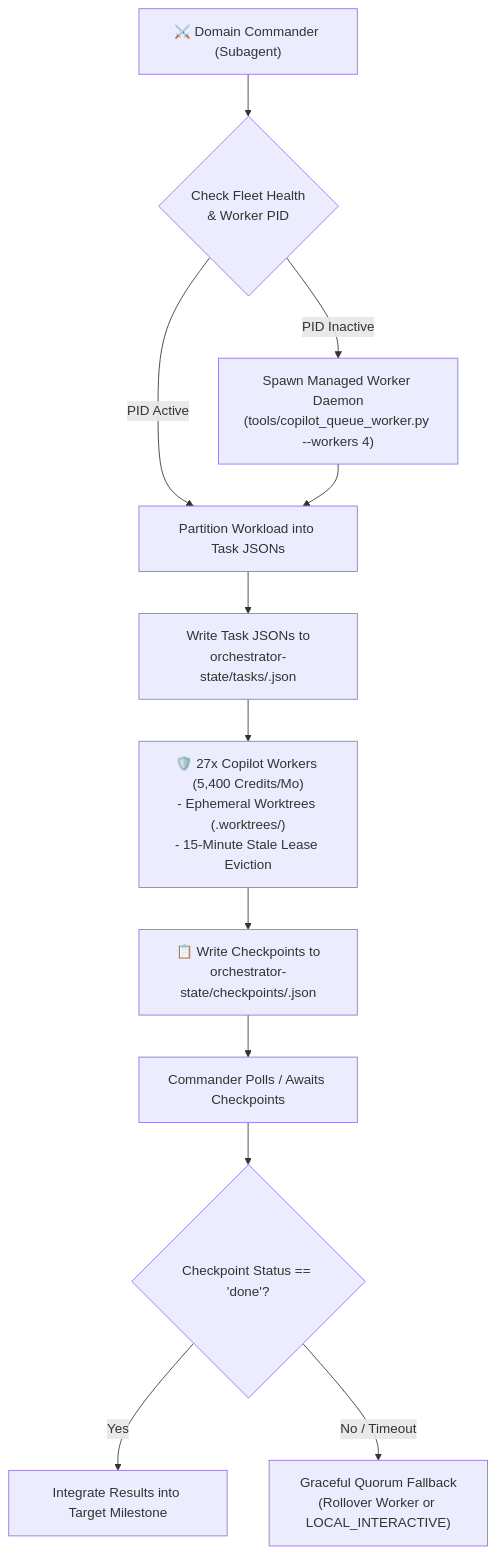
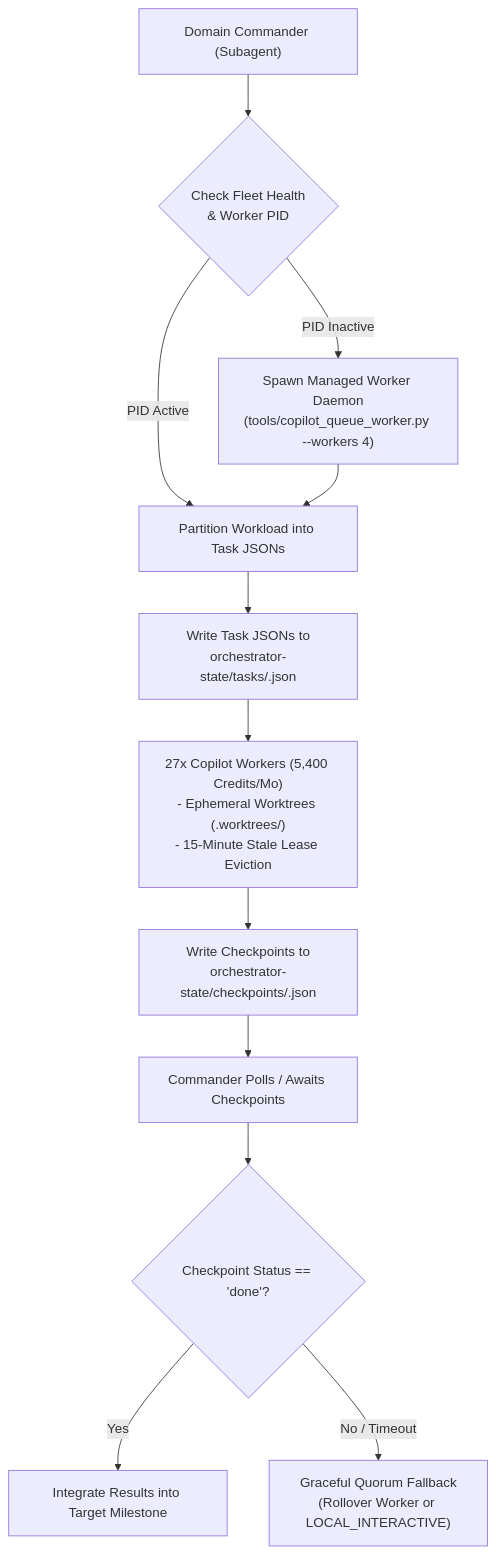
The diagram in tools/skills/adaptive-workflow/references/fleet-command-architecture.md (Aaradhya-Dev-Tamrakar/brainstorm), drawn with Mermaid before and after one commit. The commit also changed other lines of this file and 27 other files, not shown here.

````diff
--- a/tools/skills/adaptive-workflow/references/fleet-command-architecture.md
+++ b/tools/skills/adaptive-workflow/references/fleet-command-architecture.md
@@ -11,18 +11,18 @@
 ```mermaid
 flowchart TD
-    Cmdr["⚔️ Domain Commander (Subagent)"] --> Preflight{"Check Fleet Health\n& Worker PID"}
+    Cmdr["Domain Commander (Subagent)"] --> Preflight{"Check Fleet Health\n& Worker PID"}
     
     Preflight -- "PID Inactive" --> Spawn["Spawn Managed Worker Daemon\n(tools/copilot_queue_worker.py --workers 4)"]
     Preflight -- "PID Active" --> Batch["Partition Workload into Task JSONs"]
     Spawn --> Batch
     
     Batch --> Enqueue["Write Task JSONs to\norchestrator-state/tasks/<task_id>.json"]
-    Enqueue --> Workers["🛡️ 27x Copilot Workers (5,400 Credits/Mo)\n- Ephemeral Worktrees (.worktrees/<task_id>)\n- 15-Minute Stale Lease Eviction"]
+    Enqueue --> Workers["27x Copilot Workers (5,400 Credits/Mo)\n- Ephemeral Worktrees (.worktrees/<task_id>)\n- 15-Minute Stale Lease Eviction"]
     
-    Workers --> Checkpoints["📋 Write Checkpoints to\norchestrator-state/checkpoints/<task_id>.json"]
+    Workers --> Checkpoints["Write Checkpoints to\norchestrator-state/checkpoints/<task_id>.json"]
     Checkpoints --> Monitor["Commander Polls / Awaits Checkpoints"]
     Monitor --> Verdict{"Checkpoint Status == 'done'?"}
     
     Verdict -- Yes --> Synthesize["Integrate Results into Target Milestone"]
     Verdict -- No / Timeout --> Fallback["Graceful Quorum Fallback\n(Rollover Worker or LOCAL_INTERACTIVE)"]
 ```
````
